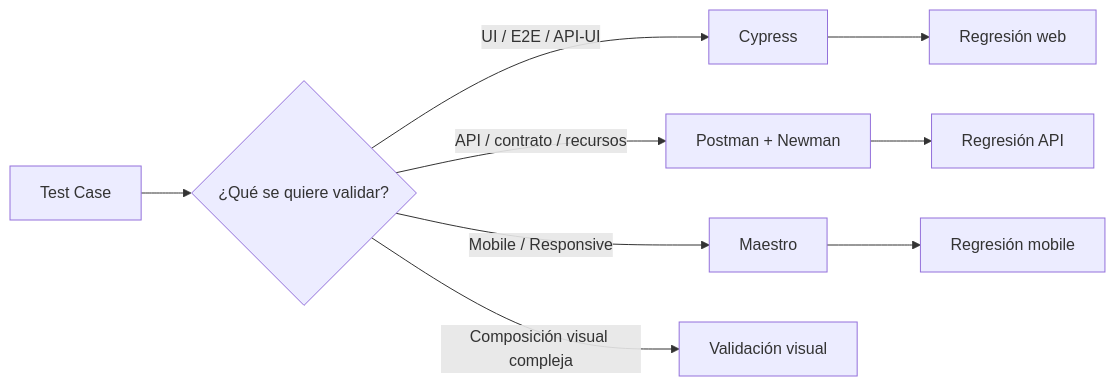
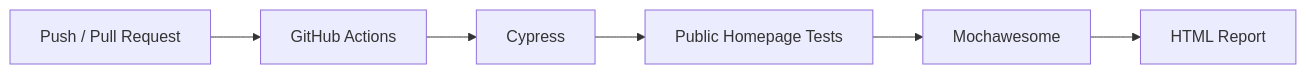
One commit to MichaelR21z/shady-meadows-bnb-automation changed the second of 6 diagrams in README.md. Above: the diagram before and after it, drawn with Mermaid. The commit also changed other lines of this file, not shown here.

````diff
--- a/README.md
+++ b/README.md
@@ -217,13 +121,8 @@
 ```mermaid
 flowchart LR
-    T[Test Case] --> Q{¿Qué se quiere validar?}
-
-    Q -->|UI / E2E / API-UI| C[Cypress]
-    Q -->|API / contrato / recursos| P[Postman + Newman]
-    Q -->|Mobile / Responsive| M[Maestro]
-    Q -->|Composición visual compleja| V[Validación visual]
-
-    C --> R[Regresión web]
-    P --> A[Regresión API]
-    M --> MO[Regresión mobile]
+    A[Push / Pull Request] --> B[GitHub Actions]
+    B --> C[Cypress]
+    C --> D[Public Homepage Tests]
+    D --> E[Mochawesome]
+    E --> F[HTML Report]
 ```
````
